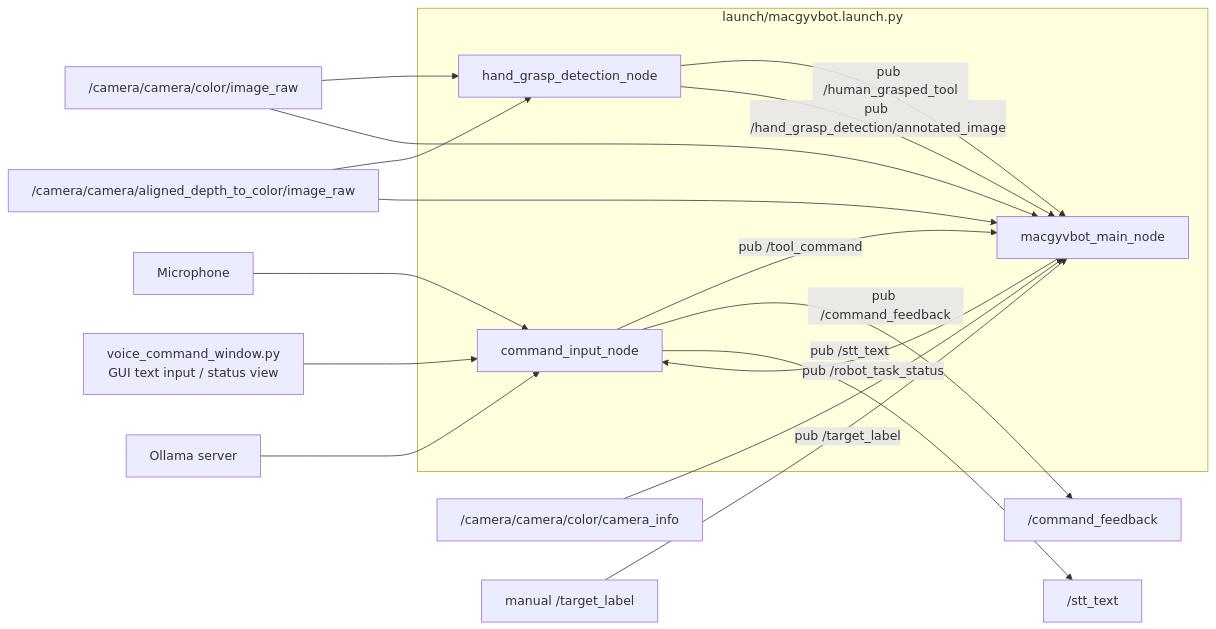
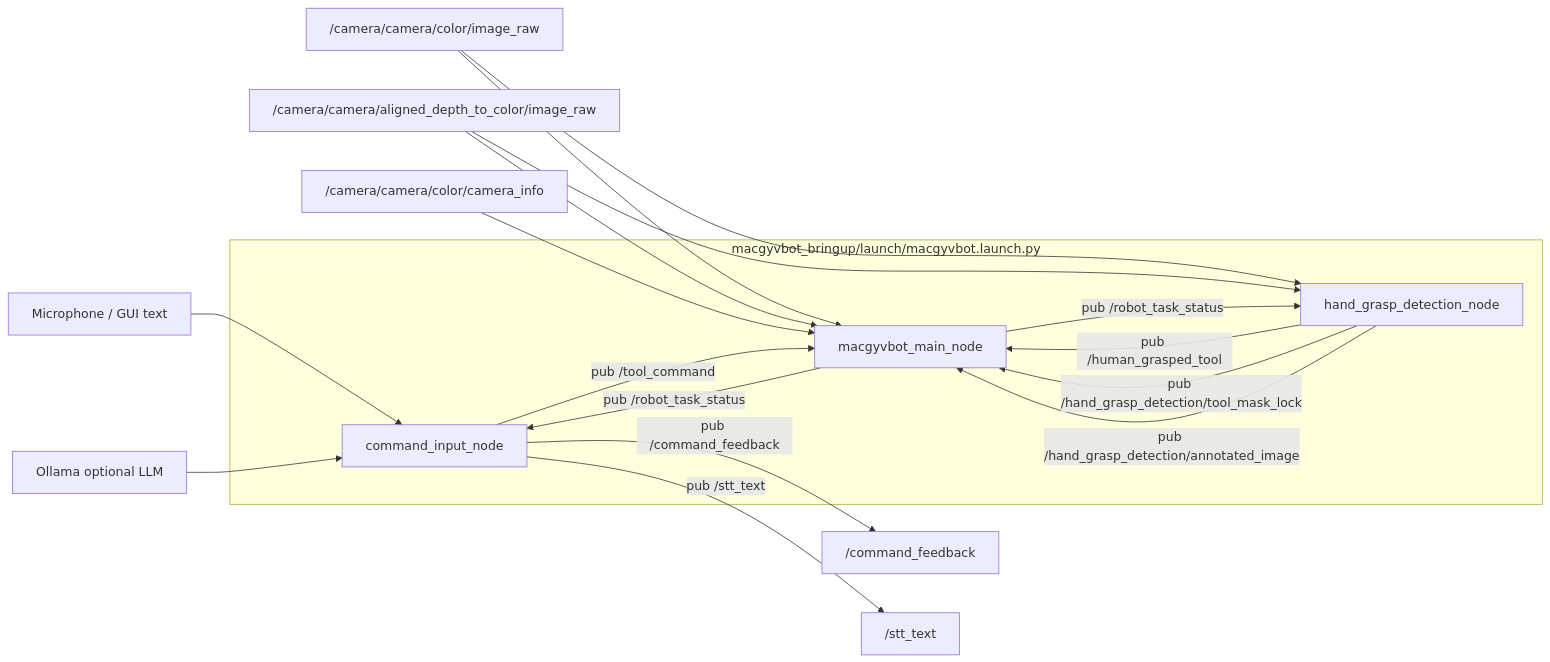
One commit to MacGyvBot/macgyvbot changed the diagram in README.md. Above: the diagram before and after it, drawn with Mermaid. The commit also changed other lines of this file, not shown here.

````diff
--- a/README.md
+++ b/README.md
@@ -65,32 +48,27 @@
 ```mermaid
 flowchart LR
-    subgraph launch["launch/macgyvbot.launch.py"]
+    subgraph launch["macgyvbot_bringup/launch/macgyvbot.launch.py"]
         cmd["command_input_node"]
         hand["hand_grasp_detection_node"]
         main["macgyvbot_main_node"]
     end
 
-    mic["Microphone"] --> cmd
-    gui["voice_command_window.py\nGUI text input / status view"] --> cmd
-    ollama["Ollama server"] --> cmd
+    mic["Microphone / GUI text"] --> cmd
+    ollama["Ollama optional LLM"] --> cmd
 
-    camColor["/camera/camera/color/image_raw"]
-    camDepth["/camera/camera/aligned_depth_to_color/image_raw"]
-    camInfo["/camera/camera/color/camera_info"]
-
-    camColor --> hand
-    camDepth --> hand
-    camColor --> main
-    camDepth --> main
-    camInfo --> main
+    color["/camera/camera/color/image_raw"] --> hand
+    depth["/camera/camera/aligned_depth_to_color/image_raw"] --> hand
+    color --> main
+    depth --> main
+    info["/camera/camera/color/camera_info"] --> main
 
     cmd -- "pub /tool_command" --> main
     cmd -- "pub /command_feedback" --> feedback["/command_feedback"]
     cmd -- "pub /stt_text" --> stt["/stt_text"]
+
     main -- "pub /robot_task_status" --> cmd
-
+    main -- "pub /robot_task_status" --> hand
     hand -- "pub /human_grasped_tool" --> main
+    hand -- "pub /hand_grasp_detection/tool_mask_lock" --> main
     hand -- "pub /hand_grasp_detection/annotated_image" --> main
-
-    manual["manual /target_label"] -- "pub /target_label" --> main
 ```
````
